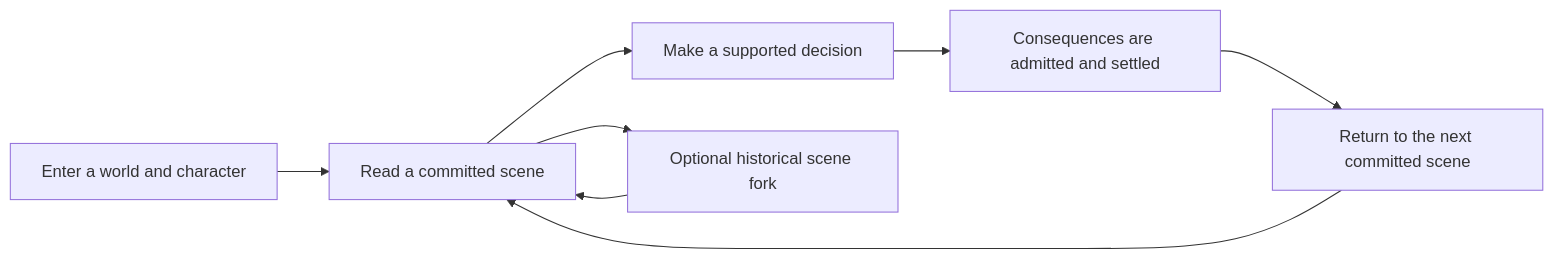
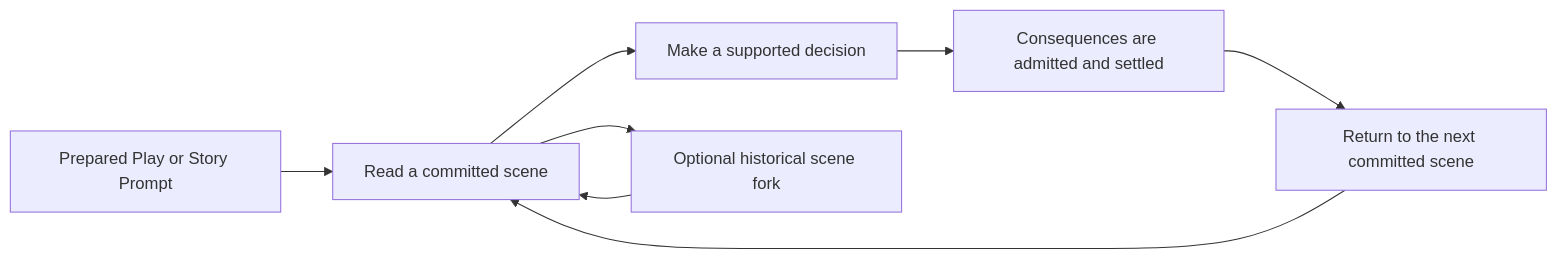
The diagram in docs/product/README.md (DenisSkulovic/offscreen-rpg), drawn with Mermaid before and after one commit. The commit also changed other lines of this file, not shown here.

````diff
--- a/docs/product/README.md
+++ b/docs/product/README.md
@@ -9,10 +9,10 @@
 ```mermaid
 flowchart LR
-    Enter[Enter a world and character] --> See[Read a committed scene]
+    Enter[Prepared Play or Story Prompt] --> See[Read a committed scene]
     See --> Choose[Make a supported decision]
     Choose --> Wait[Consequences are admitted and settled]
     Wait --> Return[Return to the next committed scene]
     Return --> See
     See --> Branch[Optional historical scene fork]
     Branch --> See
 ```
````
